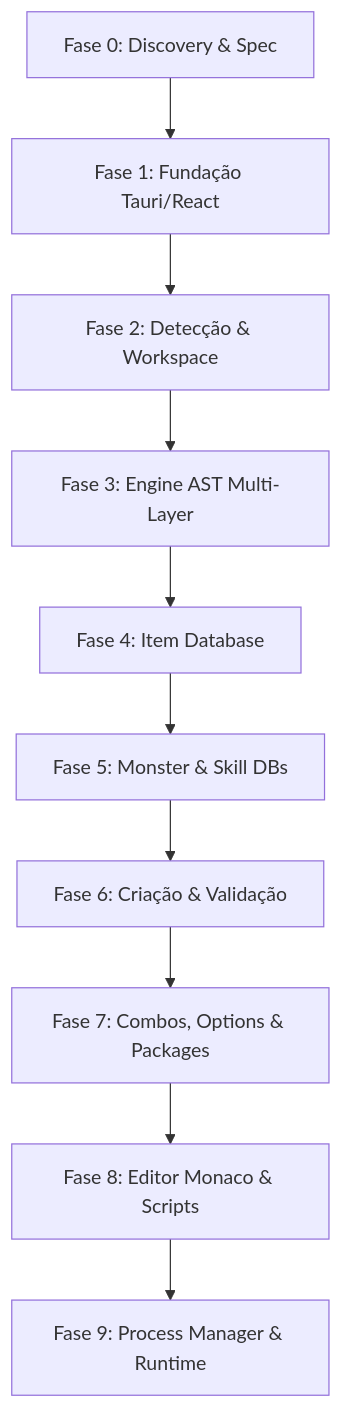
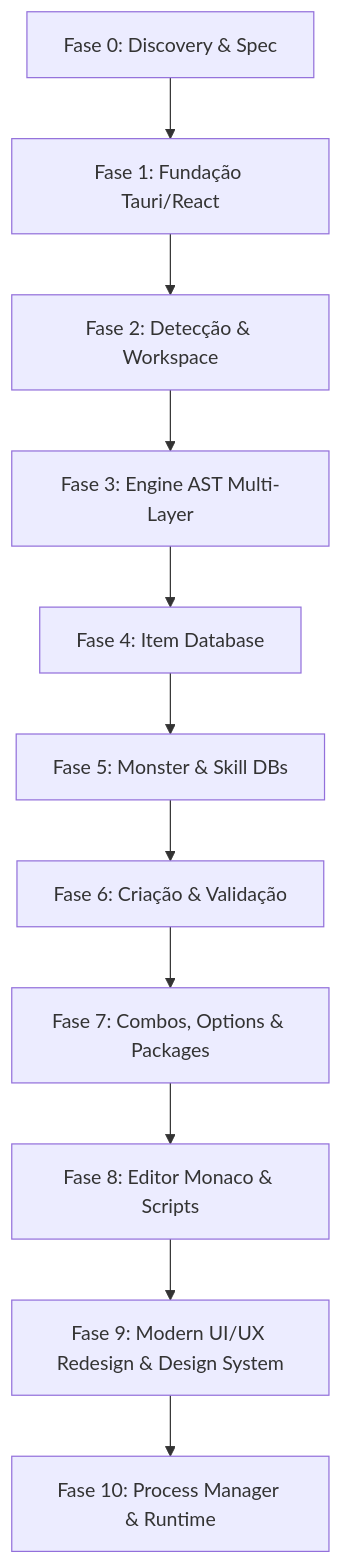
One commit to ArturllVale/rathena-studio changed the diagram in docs/plan.md. Above: the diagram before and after it, drawn with Mermaid. The commit also changed other lines of this file and 78 other files, not shown here.

````diff
--- a/docs/plan.md
+++ b/docs/plan.md
@@ -94,12 +108,13 @@
 ```mermaid
 graph TD
     F0[Fase 0: Discovery & Spec] --> F1[Fase 1: Fundação Tauri/React]
     F1 --> F2[Fase 2: Detecção & Workspace]
     F2 --> F3[Fase 3: Engine AST Multi-Layer]
     F3 --> F4[Fase 4: Item Database]
     F4 --> F5[Fase 5: Monster & Skill DBs]
     F5 --> F6[Fase 6: Criação & Validação]
     F6 --> F7[Fase 7: Combos, Options & Packages]
     F7 --> F8[Fase 8: Editor Monaco & Scripts]
-    F8 --> F9[Fase 9: Process Manager & Runtime]
+    F8 --> F9[Fase 9: Modern UI/UX Redesign & Design System]
+    F9 --> F10[Fase 10: Process Manager & Runtime]
 ```
````
